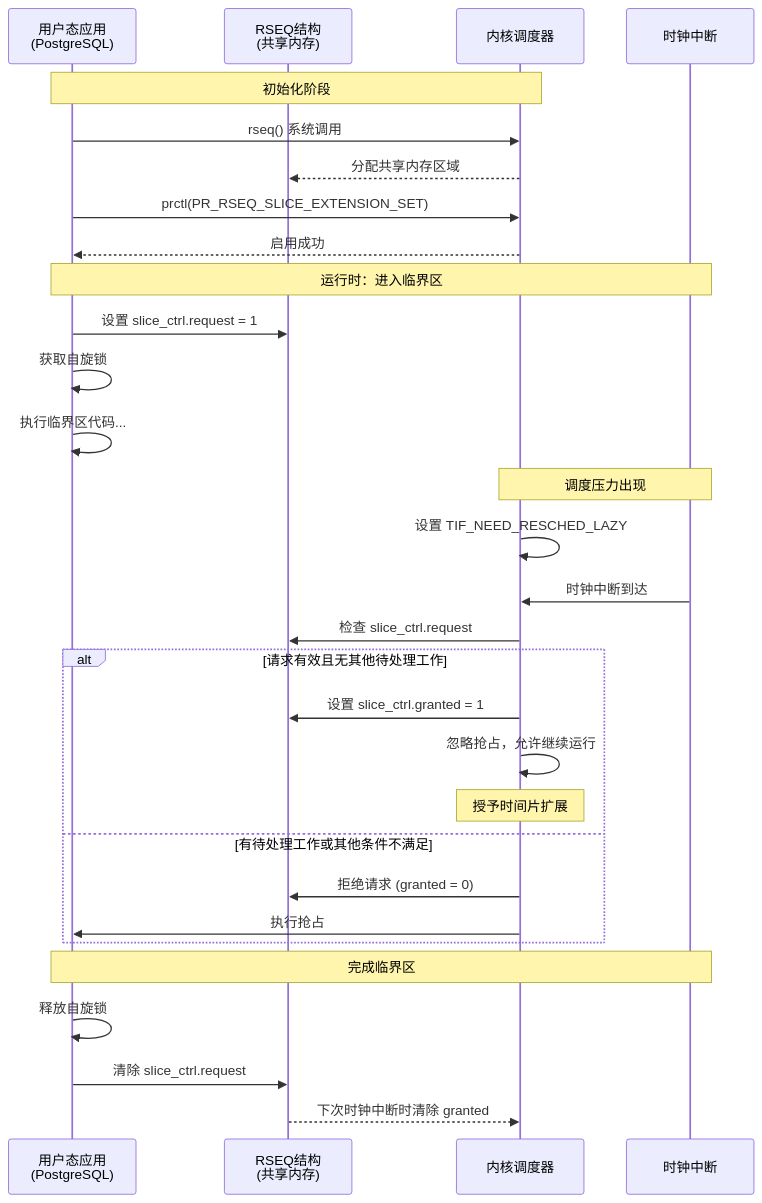
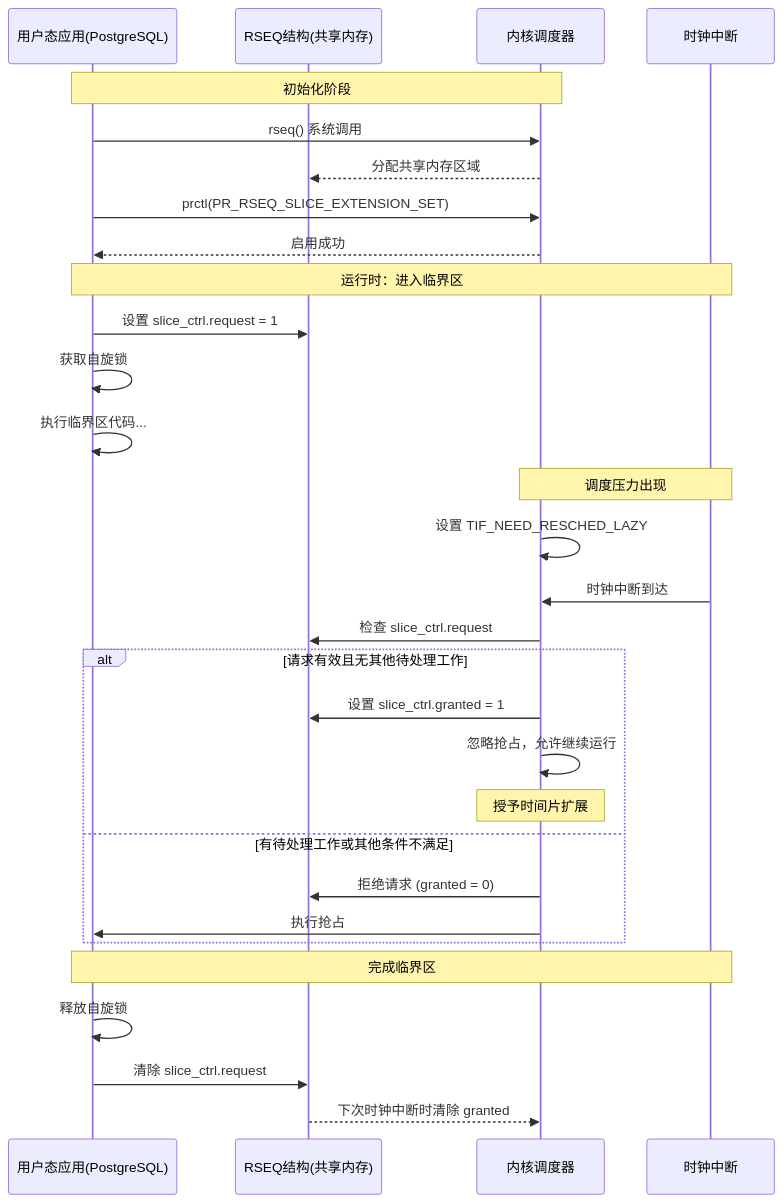
Before and after one commit to liweinan/liweinan.github.io: the fourth of 4 diagrams in _posts/2026-04-08-linux-kernel-7-preempt-lazy-postgresql-performance.md, drawn with Mermaid. The commit also changed other lines of this file, not shown here.

First line of the commit message:
fix(post): remove HTML tags from mermaid sequence diagram participants

````diff
--- a/_posts/2026-04-08-linux-kernel-7-preempt-lazy-postgresql-performance.md
+++ b/_posts/2026-04-08-linux-kernel-7-preempt-lazy-postgresql-performance.md
@@ -380,37 +380,37 @@
 ```mermaid
 sequenceDiagram
-    participant App as 用户态应用<br/>(PostgreSQL)
-    participant RSEQ as RSEQ结构<br/>(共享内存)
+    participant App as 用户态应用(PostgreSQL)
+    participant RSEQ as RSEQ结构(共享内存)
     participant Kernel as 内核调度器
     participant Timer as 时钟中断
     
     Note over App,Kernel: 初始化阶段
     App->>Kernel: rseq() 系统调用
     Kernel-->>RSEQ: 分配共享内存区域
     App->>Kernel: prctl(PR_RSEQ_SLICE_EXTENSION_SET)
     Kernel-->>App: 启用成功
     
     Note over App,Timer: 运行时：进入临界区
     App->>RSEQ: 设置 slice_ctrl.request = 1
     App->>App: 获取自旋锁
     App->>App: 执行临界区代码...
     
     Note over Kernel,Timer: 调度压力出现
     Kernel->>Kernel: 设置 TIF_NEED_RESCHED_LAZY
     Timer->>Kernel: 时钟中断到达
     
     Kernel->>RSEQ: 检查 slice_ctrl.request
     alt 请求有效且无其他待处理工作
         Kernel->>RSEQ: 设置 slice_ctrl.granted = 1
         Kernel->>Kernel: 忽略抢占，允许继续运行
         Note over Kernel: 授予时间片扩展
     else 有待处理工作或其他条件不满足
         Kernel->>RSEQ: 拒绝请求 (granted = 0)
         Kernel->>App: 执行抢占
     end
     
     Note over App,Timer: 完成临界区
     App->>App: 释放自旋锁
     App->>RSEQ: 清除 slice_ctrl.request
     RSEQ-->>Kernel: 下次时钟中断时清除 granted
 ```
````
